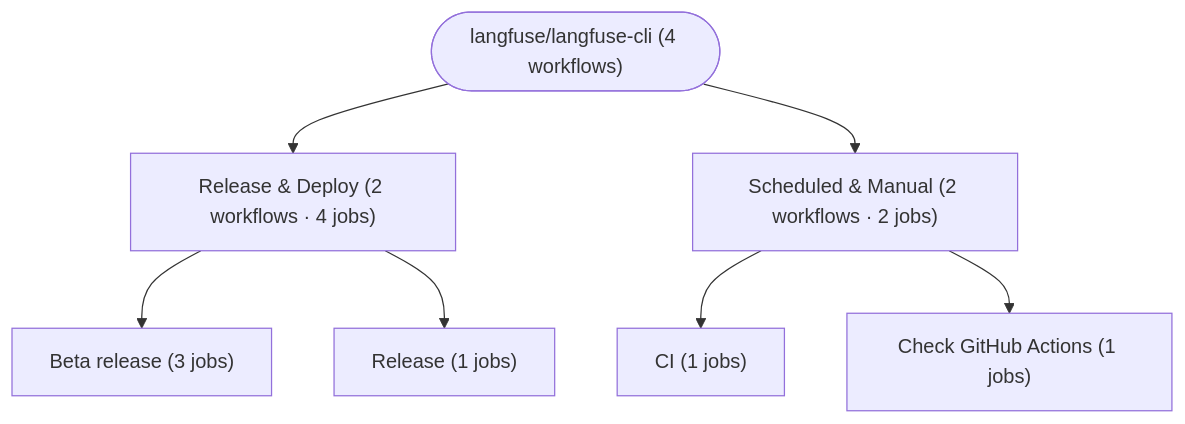
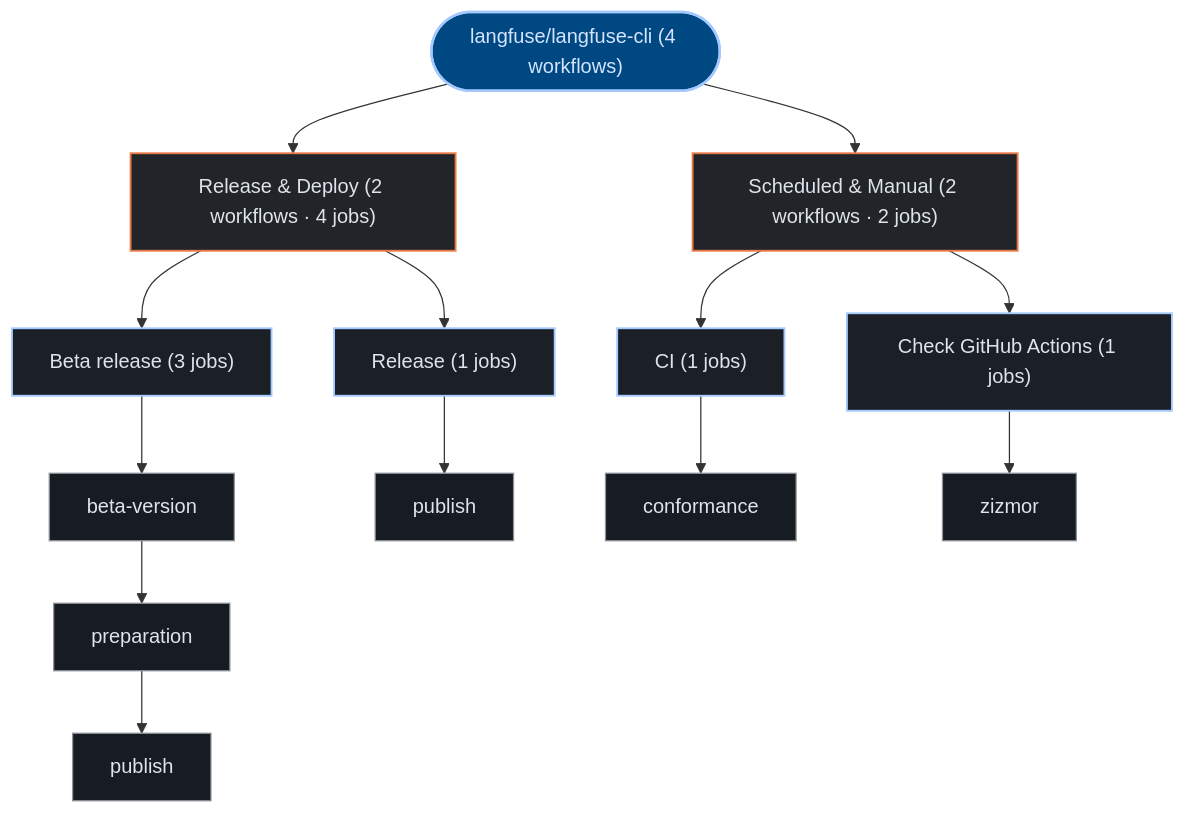
One commit to kumarshaz/atruss-code-atlas changed the third of 3 diagrams in exports/latest/reports/langfuse-langfuse-cli-report.md. Above: the diagram before and after it, drawn with Mermaid. The commit also changed other lines of this file and 331 other files, not shown here.

Commit message:
docs,ui,fix: update SDLC docs, reorder CI/CD DAG first, stylize Mermaid, and fix Arc42 pipeline topology

````diff
--- a/exports/latest/reports/langfuse-langfuse-cli-report.md
+++ b/exports/latest/reports/langfuse-langfuse-cli-report.md
@@ -127,16 +138,35 @@
 ```mermaid
 graph TD;
-  pipeline_root(["langfuse/langfuse-cli (4 workflows)"])
-  grp_0_Release___Deploy["Release & Deploy (2 workflows · 4 jobs)"]
+  classDef atlasRoot fill:#004882,stroke:#a3c9ff,stroke-width:2px,color:#d3e4ff
+  classDef atlasCategory fill:#212428,stroke:#E87A48,stroke-width:1.5px,color:#dfe3eb
+  classDef atlasWorkflow fill:#1b2026,stroke:#a3c9ff,stroke-width:1.5px,color:#dfe3eb
+  classDef atlasJob fill:#171c22,stroke:#8d9199,stroke-width:1px,color:#dfe3eb
+  classDef atlasTarget fill:#005227,stroke:#8bd99b,stroke-width:1.5px,color:#a7f6b6
+  classDef atlasAlert fill:#93000a,stroke:#ffb4ab,stroke-width:1.5px,color:#ffdad6
+  classDef atlasMore fill:#252a31,stroke:#8d9199,stroke-dasharray:4 4,color:#c3c6cf
+  pipeline_root(["langfuse/langfuse-cli (4 workflows)"]):::atlasRoot
+  grp_0_Release___Deploy["Release & Deploy (2 workflows · 4 jobs)"]:::atlasCategory
   pipeline_root --> grp_0_Release___Deploy
-  wf_0_Beta_release["Beta release (3 jobs)"]
+  wf_0_Beta_release["Beta release (3 jobs)"]:::atlasWorkflow
   grp_0_Release___Deploy --> wf_0_Beta_release
-  wf_2_Release["Release (1 jobs)"]
+  job_0_beta_version["beta-version"]:::atlasJob
+  job_0_preparation["preparation"]:::atlasJob
+  job_0_publish["publish"]:::atlasJob
+  wf_0_Beta_release --> job_0_beta_version
+  job_0_beta_version --> job_0_preparation
+  job_0_preparation --> job_0_publish
+  wf_2_Release["Release (1 jobs)"]:::atlasWorkflow
   grp_0_Release___Deploy --> wf_2_Release
-  grp_1_Scheduled___Manual["Scheduled & Manual (2 workflows · 2 jobs)"]
+  job_2_publish["publish"]:::atlasJob
+  wf_2_Release --> job_2_publish
+  grp_1_Scheduled___Manual["Scheduled & Manual (2 workflows · 2 jobs)"]:::atlasCategory
   pipeline_root --> grp_1_Scheduled___Manual
-  wf_1_CI["CI (1 jobs)"]
+  wf_1_CI["CI (1 jobs)"]:::atlasWorkflow
   grp_1_Scheduled___Manual --> wf_1_CI
-  wf_3_Check_GitHub_Actions["Check GitHub Actions (1 jobs)"]
+  job_1_conformance["conformance"]:::atlasJob
+  wf_1_CI --> job_1_conformance
+  wf_3_Check_GitHub_Actions["Check GitHub Actions (1 jobs)"]:::atlasWorkflow
   grp_1_Scheduled___Manual --> wf_3_Check_GitHub_Actions
+  job_3_zizmor["zizmor"]:::atlasJob
+  wf_3_Check_GitHub_Actions --> job_3_zizmor
 ```
````
